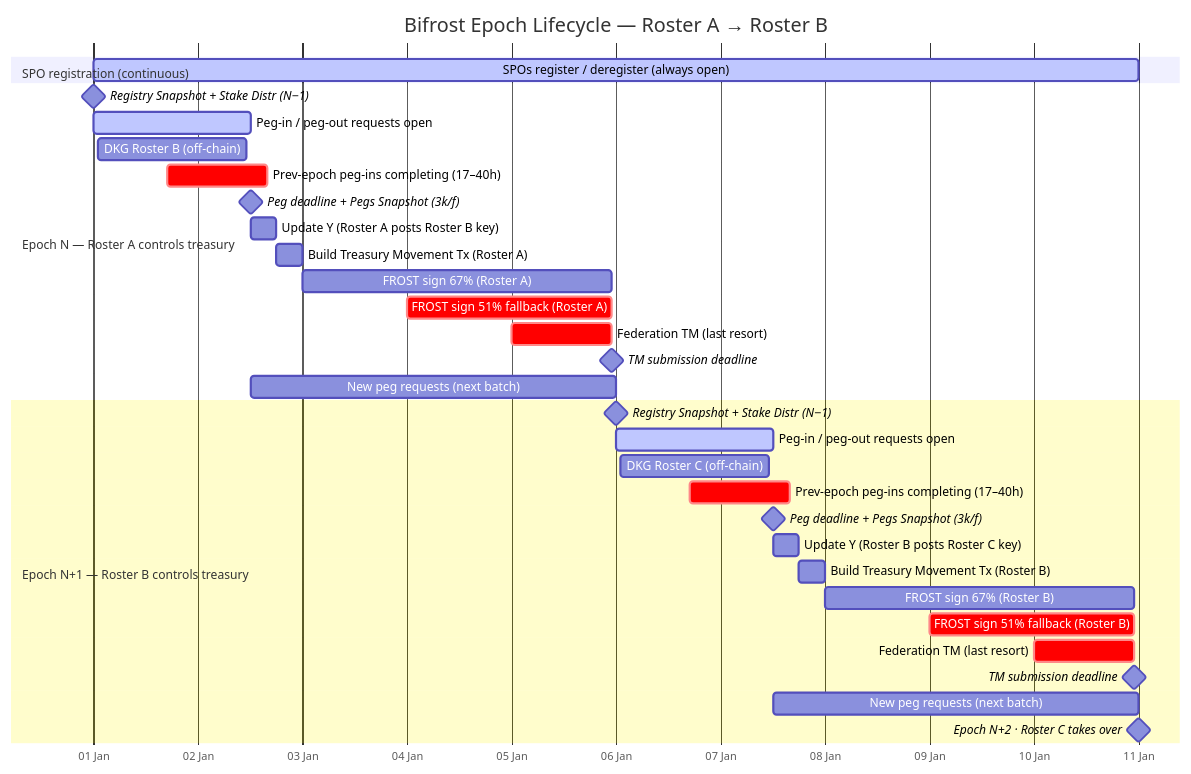
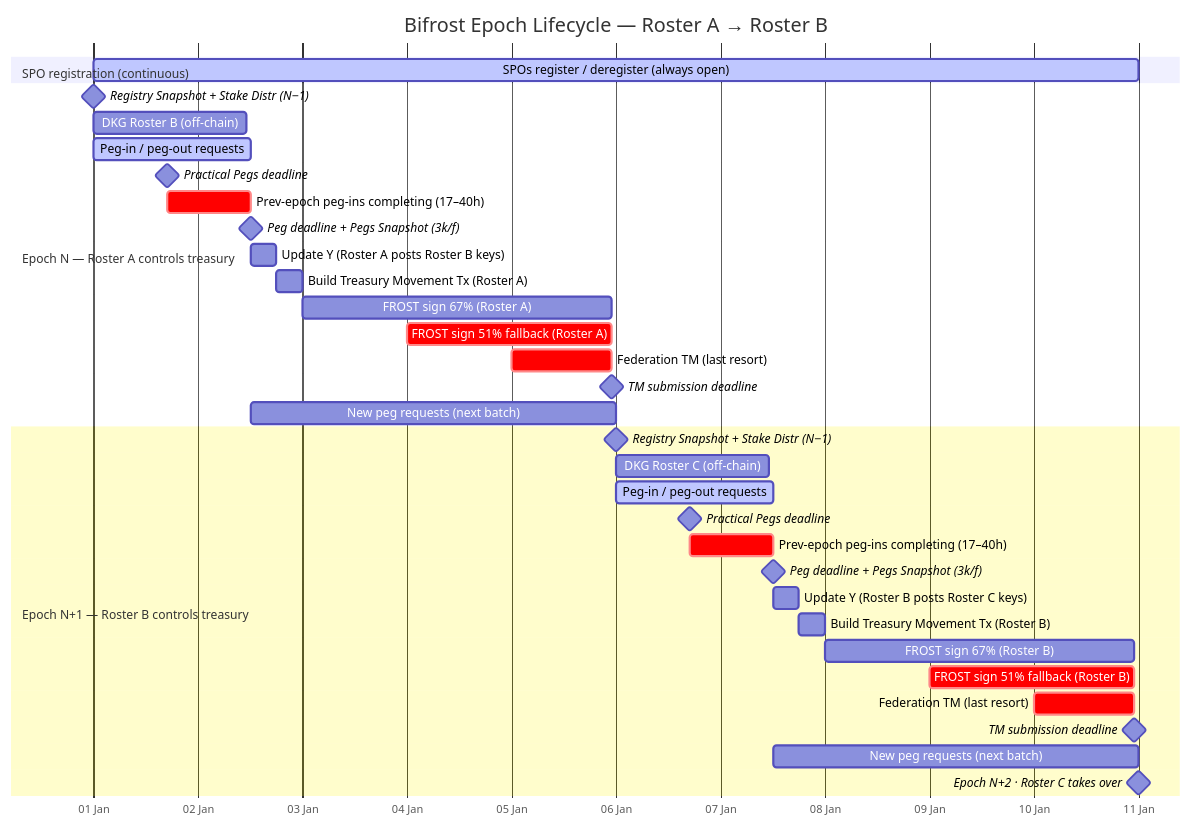
Before and after one commit to FluidTokens/ft-bifrost-bridge: the diagram in documentation/diagrams/epoch_lifecycle.mmd, drawn with Mermaid. The commit also changed 2 other files, not shown here.

Commit message:
Add completed peg-ins MPT, update epoch lifecycle diagram

```diff
--- a/documentation/diagrams/epoch_lifecycle.mmd
+++ b/documentation/diagrams/epoch_lifecycle.mmd
@@ -1,37 +1,39 @@
 gantt
     title Bifrost Epoch Lifecycle — Roster A → Roster B
     dateFormat YYYY-MM-DD HH:mm
     axisFormat %d %b
     tickInterval 1day
 
     section SPO registration (continuous)
     SPOs register / deregister (always open) :active, reg, 2025-01-01 00:00, 2025-01-11 00:00
 
     section Epoch N — Roster A controls treasury
     Registry Snapshot + Stake Distr (N−1)  :milestone, n_snap, 2025-01-01 00:00, 0d
-    Peg-in / peg-out requests open         :active, n_pegs, 2025-01-01 00:00, 2025-01-02 12:00
-    DKG Roster B (off-chain)               :n_dkg, 2025-01-01 01:00, 2025-01-02 11:00
-    Prev-epoch peg-ins completing (17–40h) :crit, n_prev, 2025-01-01 17:00, 2025-01-02 16:00
+    DKG Roster B (off-chain)               :n_dkg, 2025-01-01 00:00, 2025-01-02 11:00
+    Peg-in / peg-out requests              :active, n_pegs, 2025-01-01 00:00, 2025-01-02 12:00
+    Practical Pegs deadline                :milestone, n_pdl, 2025-01-01 17:00, 0d
+    Prev-epoch peg-ins completing (17–40h) :crit, n_prev, 2025-01-01 17:00, 2025-01-02 12:00
     Peg deadline + Pegs Snapshot (3k/f)    :milestone, n_pdl, 2025-01-02 12:00, 0d
-    Update Y (Roster A posts Roster B key)  :n_updy, 2025-01-02 12:00, 2025-01-02 18:00
+    Update Y (Roster A posts Roster B keys)  :n_updy, 2025-01-02 12:00, 2025-01-02 18:00
     Build Treasury Movement Tx (Roster A)  :n_build, 2025-01-02 18:00, 2025-01-03 00:00
     FROST sign 67% (Roster A)              :n_s67, 2025-01-03 00:00, 2025-01-05 23:00
     FROST sign 51% fallback (Roster A)     :crit, n_s51, 2025-01-04 00:00, 2025-01-05 23:00
     Federation TM (last resort)            :crit, n_fed, 2025-01-05 00:00, 2025-01-05 23:00
     TM submission deadline                 :milestone, n_dl, 2025-01-05 23:00, 0d
     New peg requests (next batch)          :n_new, 2025-01-02 12:00, 2025-01-06 00:00
 
     section Epoch N+1 — Roster B controls treasury
     Registry Snapshot + Stake Distr (N−1)  :milestone, n1_snap, 2025-01-06 00:00, 0d
-    Peg-in / peg-out requests open         :active, n1_pegs, 2025-01-06 00:00, 2025-01-07 12:00
-    DKG Roster C (off-chain)               :n1_dkg, 2025-01-06 01:00, 2025-01-07 11:00
-    Prev-epoch peg-ins completing (17–40h) :crit, n1_prev, 2025-01-06 17:00, 2025-01-07 16:00
+    DKG Roster C (off-chain)               :n1_dkg, 2025-01-06 00:00, 2025-01-07 11:00
+    Peg-in / peg-out requests              :active, n1_pegs, 2025-01-06 00:00, 2025-01-07 12:00
+    Practical Pegs deadline                :milestone, n1_pdl, 2025-01-06 17:00, 0d
+    Prev-epoch peg-ins completing (17–40h) :crit, n1_prev, 2025-01-06 17:00, 2025-01-07 12:00
     Peg deadline + Pegs Snapshot (3k/f)    :milestone, n1_pdl, 2025-01-07 12:00, 0d
-    Update Y (Roster B posts Roster C key)  :n1_updy, 2025-01-07 12:00, 2025-01-07 18:00
+    Update Y (Roster B posts Roster C keys)  :n1_updy, 2025-01-07 12:00, 2025-01-07 18:00
     Build Treasury Movement Tx (Roster B)  :n1_build, 2025-01-07 18:00, 2025-01-08 00:00
     FROST sign 67% (Roster B)              :n1_s67, 2025-01-08 00:00, 2025-01-10 23:00
     FROST sign 51% fallback (Roster B)     :crit, n1_s51, 2025-01-09 00:00, 2025-01-10 23:00
     Federation TM (last resort)            :crit, n1_fed, 2025-01-10 00:00, 2025-01-10 23:00
     TM submission deadline                 :milestone, n1_dl, 2025-01-10 23:00, 0d
     New peg requests (next batch)          :n1_new, 2025-01-07 12:00, 2025-01-11 00:00
     Epoch N+2 · Roster C takes over        :milestone, n2_snap, 2025-01-11 00:00, 0d
```
